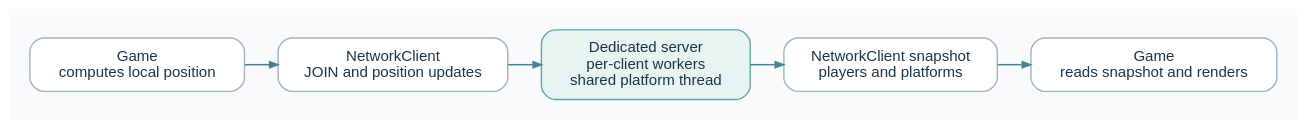
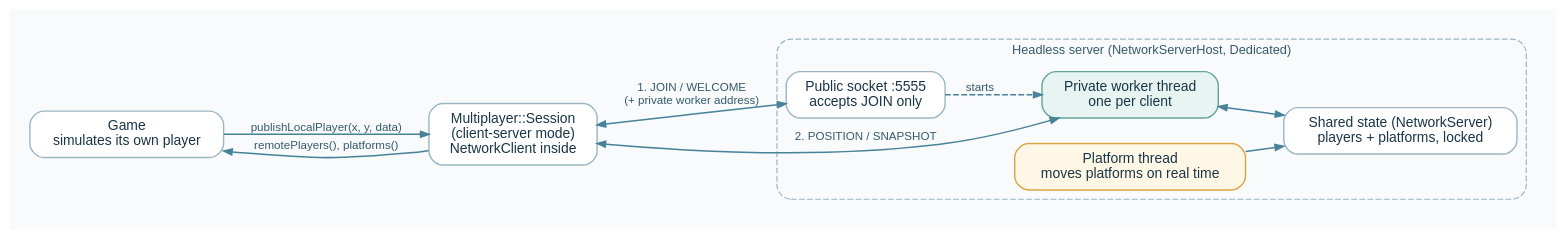
The diagram in docs/client-server-flow.dot (CSC581/shared-engine), drawn with Graphviz before and after one commit. The commit also changed 6 other files, not shown here.

```diff
--- a/docs/client-server-flow.dot
+++ b/docs/client-server-flow.dot
@@ -1,13 +1,26 @@
 digraph ClientServerFlow {
-    graph [rankdir=LR, bgcolor="#F8FAFC", pad="0.25", nodesep="0.35", ranksep="0.4", splines=polyline];
-    node [shape=box, style="rounded,filled", fontname="Helvetica", fontsize=13, penwidth=1.2, color="#9CB5C2", fillcolor="#FFFFFF", fontcolor="#193547", margin="0.18,0.13"];
-    edge [color="#478299", penwidth=1.3, arrowsize=0.72];
+    graph [rankdir=LR, bgcolor="#F8FAFC", pad="0.25", nodesep="0.3", ranksep="0.45", splines=spline];
+    node [shape=box, style="rounded,filled", fontname="Helvetica", fontsize=12, penwidth=1.2, color="#9CB5C2", fillcolor="#FFFFFF", fontcolor="#193547", margin="0.15,0.1"];
+    edge [color="#478299", penwidth=1.3, arrowsize=0.72, fontname="Helvetica", fontsize=10, fontcolor="#365A6B"];
 
-    game [label="Game\ncomputes local position"];
-    client [label="NetworkClient\nJOIN and position updates"];
-    server [label="Dedicated server\nper-client workers\nshared platform thread", fillcolor="#E8F4F2", color="#64A49A"];
-    snapshot [label="NetworkClient snapshot\nplayers and platforms"];
-    render [label="Game\nreads snapshot and renders"];
+    game [label="Game\nsimulates its own player"];
+    session [label="Multiplayer::Session\n(client-server mode)\nNetworkClient inside"];
 
-    game -> client -> server -> snapshot -> render;
+    subgraph cluster_server {
+        label="Headless server (NetworkServerHost, Dedicated)";
+        fontname="Helvetica"; fontsize=11; fontcolor="#365A6B";
+        style="rounded,dashed"; color="#9CB5C2";
+        handshake [label="Public socket :5555\naccepts JOIN only"];
+        worker [label="Private worker thread\none per client", fillcolor="#E8F4F2", color="#64A49A"];
+        store [label="Shared state (NetworkServer)\nplayers + platforms, locked"];
+        tick [label="Platform thread\nmoves platforms on real time", fillcolor="#FFF7E6", color="#D9A441"];
+    }
+
+    game -> session [label="publishLocalPlayer(x, y, data)"];
+    session -> handshake [dir=both, label="1. JOIN / WELCOME\n(+ private worker address)"];
+    handshake -> worker [style=dashed, label="starts"];
+    session -> worker [dir=both, label="2. POSITION / SNAPSHOT"];
+    worker -> store [dir=both];
+    tick -> store;
+    session -> game [label="remotePlayers(), platforms()"];
 }
```
